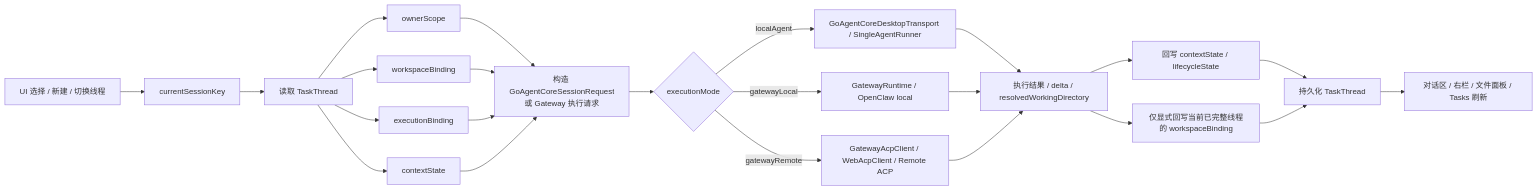
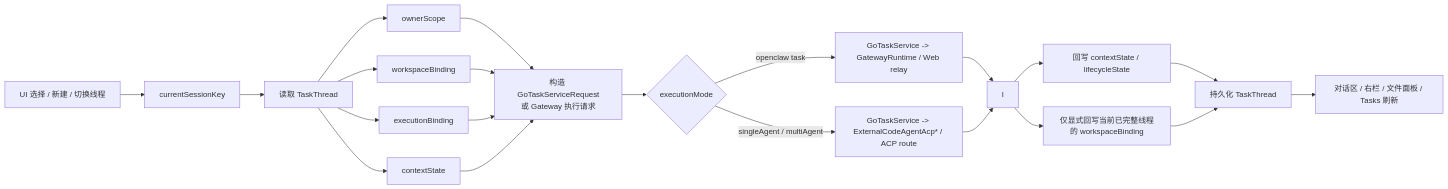
One commit to ai-workspace-lab/xworkmate-app changed the second of 2 diagrams in docs/architecture/xworkmate-layered-architecture.md. Above: the diagram before and after it, drawn with Mermaid. The commit also changed other lines of this file and 34 other files, not shown here.

````diff
--- a/docs/architecture/xworkmate-layered-architecture.md
+++ b/docs/architecture/xworkmate-layered-architecture.md
@@ -282,31 +282,29 @@
 ```mermaid
 flowchart LR
     A["UI 选择 / 新建 / 切换线程"] --> B["currentSessionKey"]
     B --> C["读取 TaskThread"]
 
     C --> C1["ownerScope"]
     C --> C2["workspaceBinding"]
     C --> C3["executionBinding"]
     C --> C4["contextState"]
 
-    C1 --> D["构造 GoAgentCoreSessionRequest<br/>或 Gateway 执行请求"]
+    C1 --> D["构造 GoTaskServiceRequest<br/>或 Gateway 执行请求"]
     C2 --> D
     C3 --> D
     C4 --> D
 
     D --> E{"executionMode"}
-    E -->|localAgent| F["GoAgentCoreDesktopTransport / SingleAgentRunner"]
-    E -->|gatewayLocal| G["GatewayRuntime / OpenClaw local"]
-    E -->|gatewayRemote| H["GatewayAcpClient / WebAcpClient / Remote ACP"]
+    E -->|openclaw task| G["GoTaskService -> GatewayRuntime / Web relay"]
+    E -->|singleAgent / multiAgent| H["GoTaskService -> ExternalCodeAgentAcp* / ACP route"]
 
-    F --> I["执行结果 / delta / resolvedWorkingDirectory"]
     G --> I
     H --> I
 
     I --> J["回写 contextState / lifecycleState"]
     I --> K["仅显式回写当前已完整线程的 workspaceBinding"]
 
     J --> L["持久化 TaskThread"]
     K --> L
     L --> M["对话区 / 右栏 / 文件面板 / Tasks 刷新"]
 ```
````
